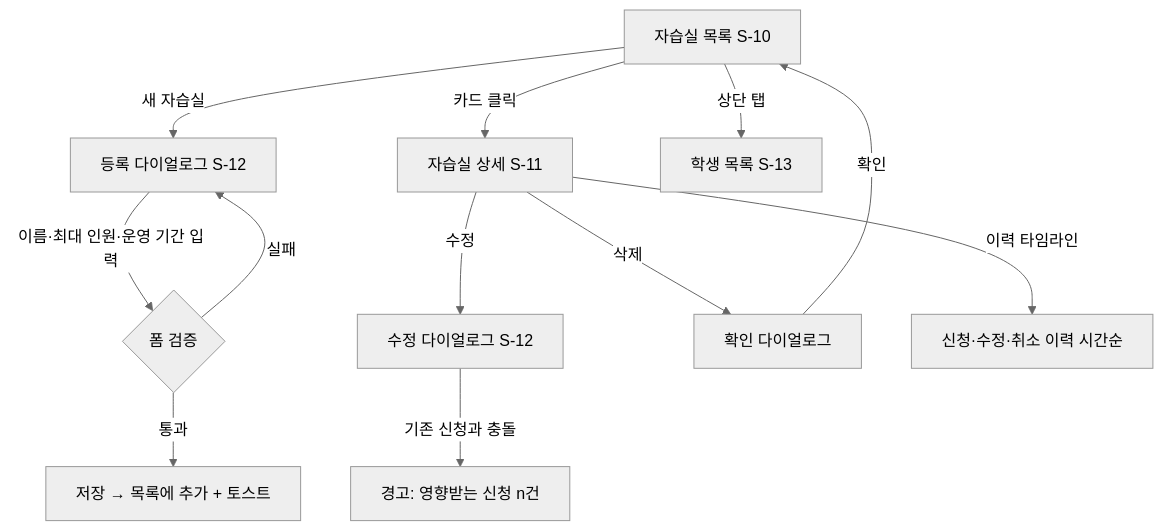
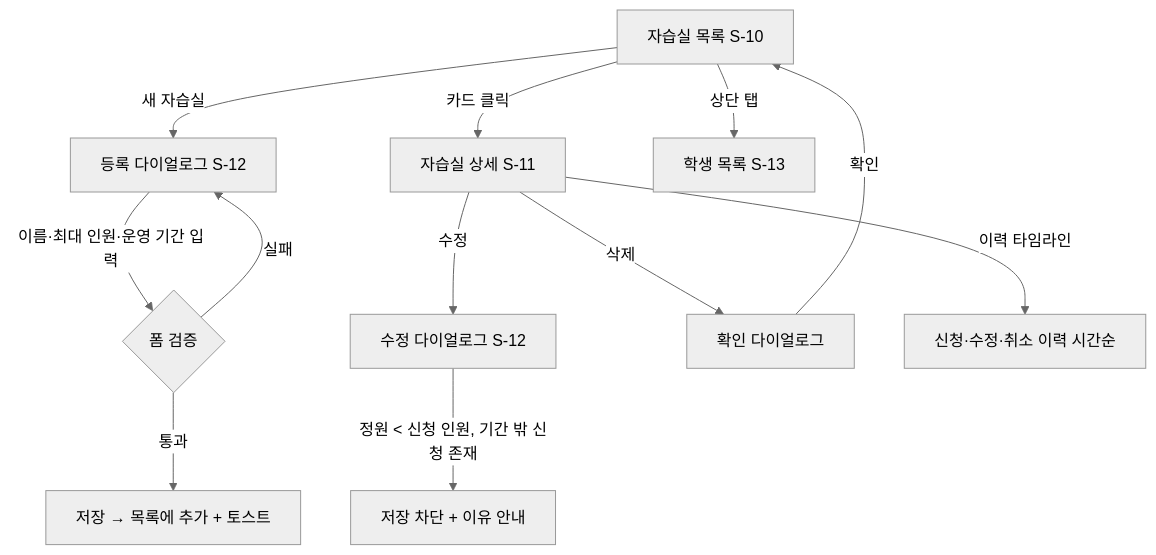
The second of 4 diagrams in apps/web/docs/user-flows.md (JungMINI-developer/hiconsy-task), drawn with Mermaid (neutral theme) before and after one commit. The commit also changed 5 other files, not shown here.

````diff
--- a/apps/web/docs/user-flows.md
+++ b/apps/web/docs/user-flows.md
@@ -30,13 +30,13 @@
 ```mermaid
 flowchart TD
   L[자습실 목록 S-10] -->|새 자습실| F[등록 다이얼로그 S-12]
   F -->|이름·최대 인원·운영 기간 입력| V{폼 검증}
   V -->|실패| F
   V -->|통과| R[저장 → 목록에 추가 + 토스트]
   L -->|카드 클릭| D[자습실 상세 S-11]
   D -->|수정| E[수정 다이얼로그 S-12]
-  E -->|기존 신청과 충돌| W[경고: 영향받는 신청 n건]
+  E -->|정원 < 신청 인원, 기간 밖 신청 존재| W[저장 차단 + 이유 안내]
   D -->|삭제| X[확인 다이얼로그] -->|확인| L
   D -->|이력 타임라인| H[신청·수정·취소 이력 시간순]
   L -->|상단 탭| ST[학생 목록 S-13]
 ```
````
